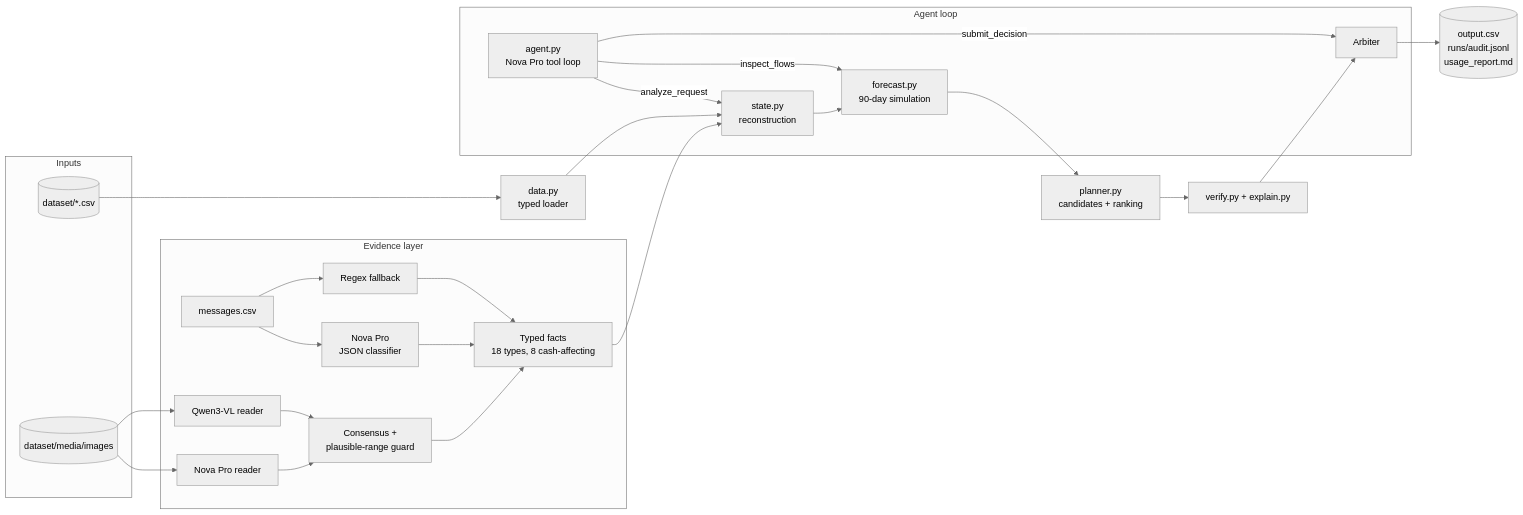
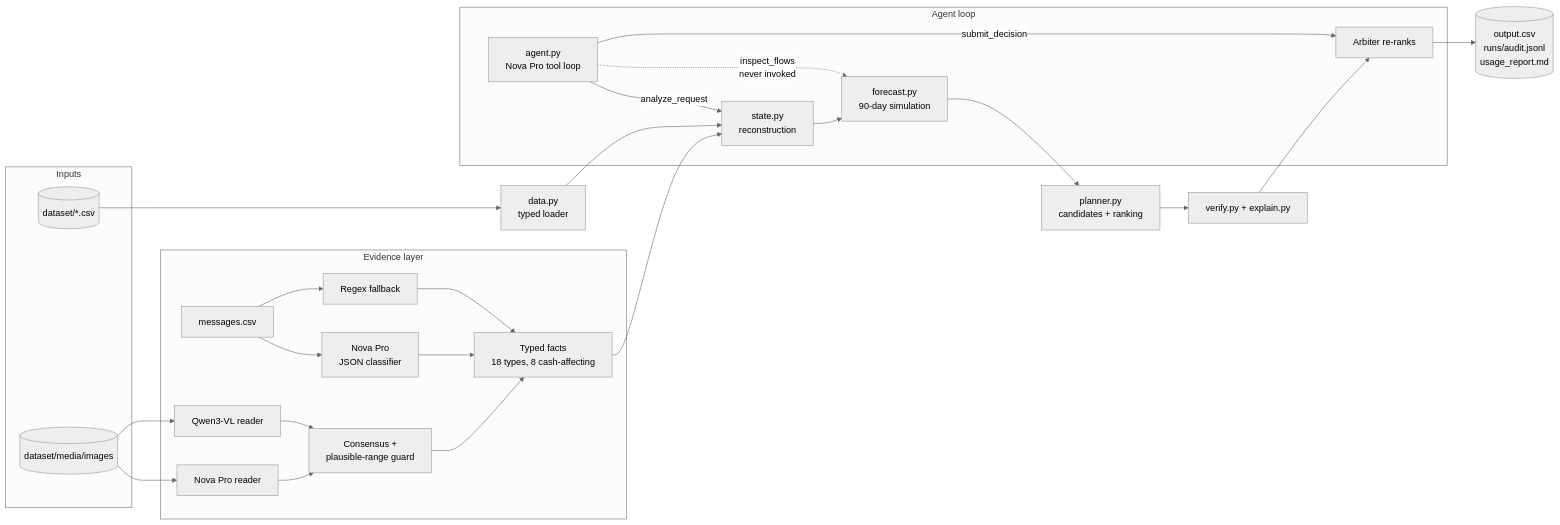
Before and after one commit to adarshcod30/buy-or-wait-financial-agent: the first of 2 diagrams in README.md, drawn with Mermaid (neutral theme). The commit also changed other lines of this file and 7 other files, not shown here.

````diff
--- a/README.md
+++ b/README.md
@@ -104,31 +114,31 @@
 ```mermaid
 flowchart LR
     subgraph Inputs
         CSV[(dataset/*.csv)]
         IMG[(dataset/media/images)]
     end
     subgraph Evidence layer
         MSG[messages.csv] --> NP[Nova Pro<br/>JSON classifier]
         MSG --> RX[Regex fallback]
         IMG --> NP2[Nova Pro reader]
         IMG --> QW[Qwen3-VL reader]
         NP --> FACTS[Typed facts<br/>18 types, 8 cash-affecting]
         RX --> FACTS
         NP2 --> CONS[Consensus +<br/>plausible-range guard]
         QW --> CONS
         CONS --> FACTS
     end
     CSV --> LOAD[data.py<br/>typed loader]
     LOAD --> STATE[state.py<br/>reconstruction]
     FACTS --> STATE
     STATE --> FC[forecast.py<br/>90-day simulation]
     FC --> PLAN[planner.py<br/>candidates + ranking]
     PLAN --> VER[verify.py + explain.py]
     subgraph Agent loop
         AG[agent.py<br/>Nova Pro tool loop] -- analyze_request --> STATE
-        AG -- inspect_flows --> FC
-        AG -- submit_decision --> ARB[Arbiter]
+        AG -. inspect_flows<br/>never invoked .-> FC
+        AG -- submit_decision --> ARB[Arbiter re-ranks]
     end
     VER --> ARB
     ARB --> OUT[(output.csv<br/>runs/audit.jsonl<br/>usage_report.md)]
 ```
````
